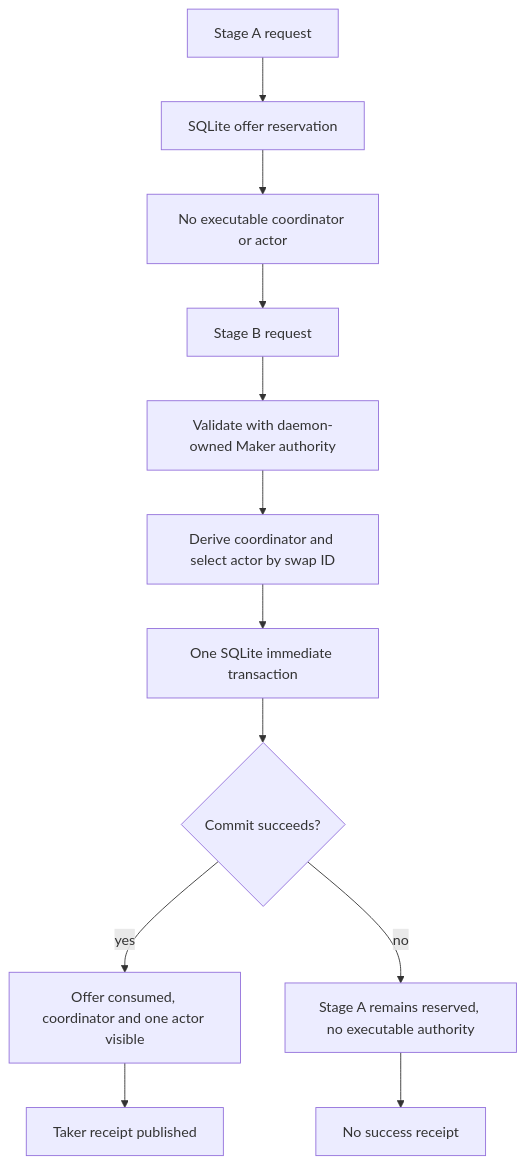
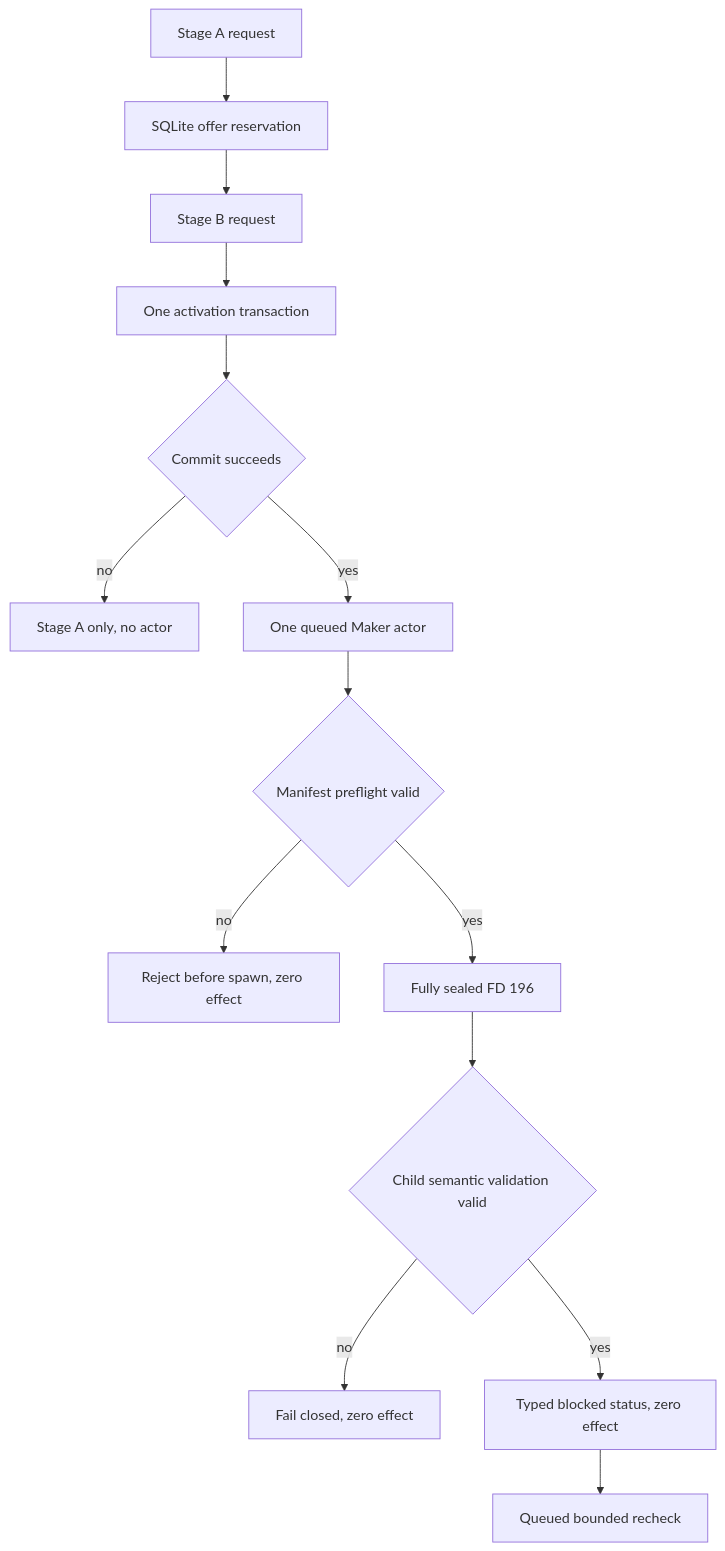
The third of 3 diagrams in docs/architecture/0113-hand-off-xmr-stage-material-by-role.md (gateway-fm/lez-atomic-swaps), drawn with Mermaid before and after one commit. The commit also changed other lines of this file and 19 other files, not shown here.

Commit message:
feat(m5): supervise sealed XMR authority

````diff
--- a/docs/architecture/0113-hand-off-xmr-stage-material-by-role.md
+++ b/docs/architecture/0113-hand-off-xmr-stage-material-by-role.md
@@ -140,14 +161,16 @@
 ```mermaid
 flowchart TD
     A["Stage A request"] --> R["SQLite offer reservation"]
-    R --> P["No executable coordinator or actor"]
-    P --> B["Stage B request"]
-    B --> V["Validate with daemon-owned Maker authority"]
-    V --> D["Derive coordinator and select actor by swap ID"]
-    D --> T["One SQLite immediate transaction"]
-    T --> C{"Commit succeeds?"}
-    C -->|"yes"| E["Offer consumed, coordinator and one actor visible"]
-    C -->|"no"| N["Stage A remains reserved, no executable authority"]
-    E --> Q["Taker receipt published"]
-    N --> X["No success receipt"]
+    R --> B["Stage B request"]
+    B --> T["One activation transaction"]
+    T --> C{"Commit succeeds"}
+    C -->|"no"| Reserved["Stage A only, no actor"]
+    C -->|"yes"| Queued["One queued Maker actor"]
+    Queued --> P{"Manifest preflight valid"}
+    P -->|"no"| Reject["Reject before spawn, zero effect"]
+    P -->|"yes"| Sealed["Fully sealed FD 196"]
+    Sealed --> V{"Child semantic validation valid"}
+    V -->|"no"| Closed["Fail closed, zero effect"]
+    V -->|"yes"| Blocked["Typed blocked status, zero effect"]
+    Blocked --> Recheck["Queued bounded recheck"]
 ```
````
